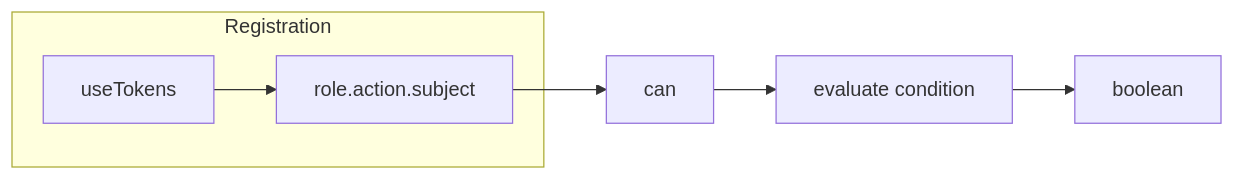
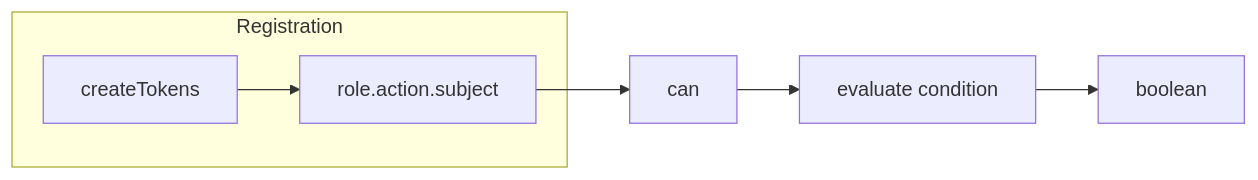
Before and after one commit to vuetifyjs/0: the diagram in apps/docs/src/pages/composables/plugins/use-permissions.md, drawn with Mermaid. The commit also changed other lines of this file and 33 other files, not shown here.

First line of the commit message:
refactor: rename useTokens to createTokens and audit docs

````diff
--- a/apps/docs/src/pages/composables/plugins/use-permissions.md
+++ b/apps/docs/src/pages/composables/plugins/use-permissions.md
@@ -109,10 +109,10 @@
 ```mermaid "Permissions Flow"
 flowchart LR
   subgraph Registration
-    useTokens --> flatten[role.action.subject]
+    createTokens --> flatten[role.action.subject]
   end
 
   flatten --> can
   can --> condition[evaluate condition]
   condition --> result[boolean]
 ```
````
